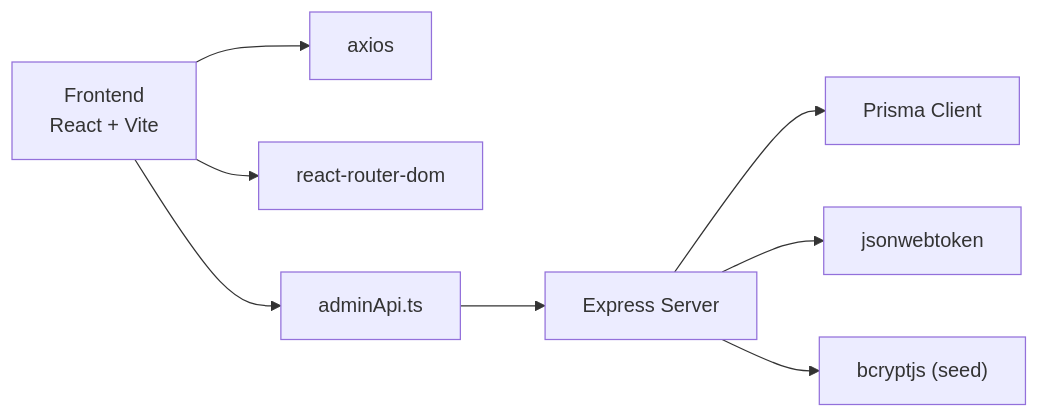
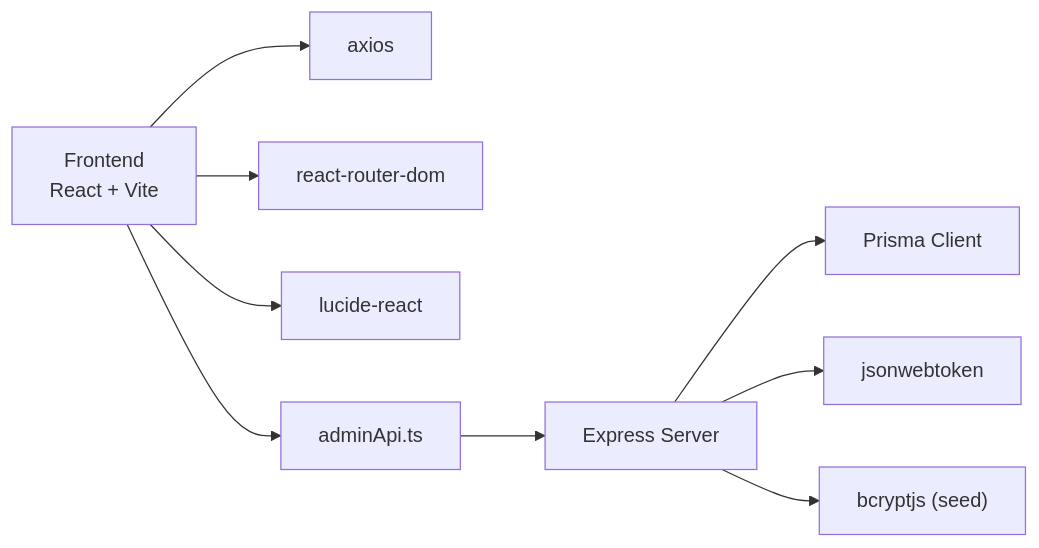
One commit to NaveenHiranya/Smart-Vehicle-Insurance-Claim-System changed the seventh of 7 diagrams in .qoder/repowiki/en/content/Frontend Documentation/Pages and Views/Admin Pages/Admin Note System.md. Above: the diagram before and after it, drawn with Mermaid. The commit also changed other lines of this file and 33 other files, not shown here.

````diff
--- a/.qoder/repowiki/en/content/Frontend Documentation/Pages and Views/Admin Pages/Admin Note System.md
+++ b/.qoder/repowiki/en/content/Frontend Documentation/Pages and Views/Admin Pages/Admin Note System.md
@@ -339,10 +374,11 @@
 ```mermaid
 graph LR
 FE["Frontend<br/>React + Vite"] --> AX["axios"]
 FE --> RR["react-router-dom"]
+FE --> LC["lucide-react"]
 FE --> AP["adminApi.ts"]
 AP --> BE["Express Server"]
 BE --> PR["Prisma Client"]
 BE --> JWT["jsonwebtoken"]
 BE --> BC["bcryptjs (seed)"]
 ```
````
